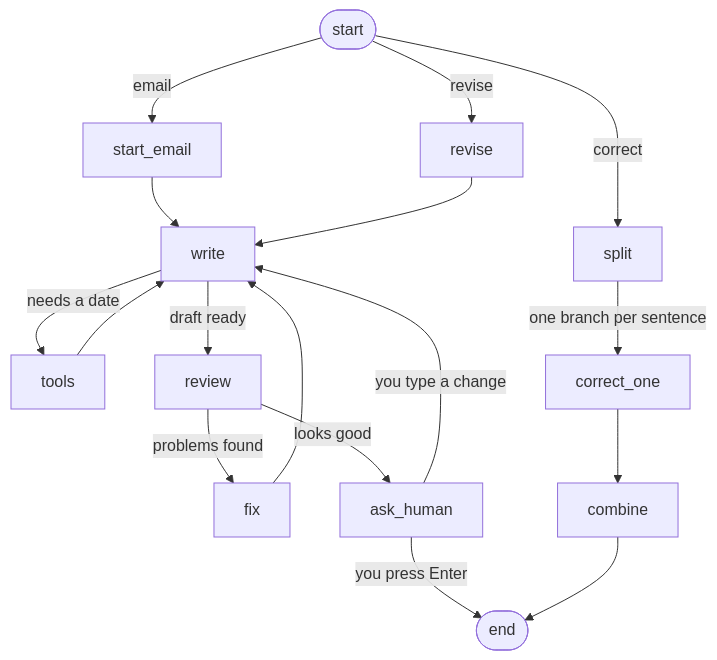
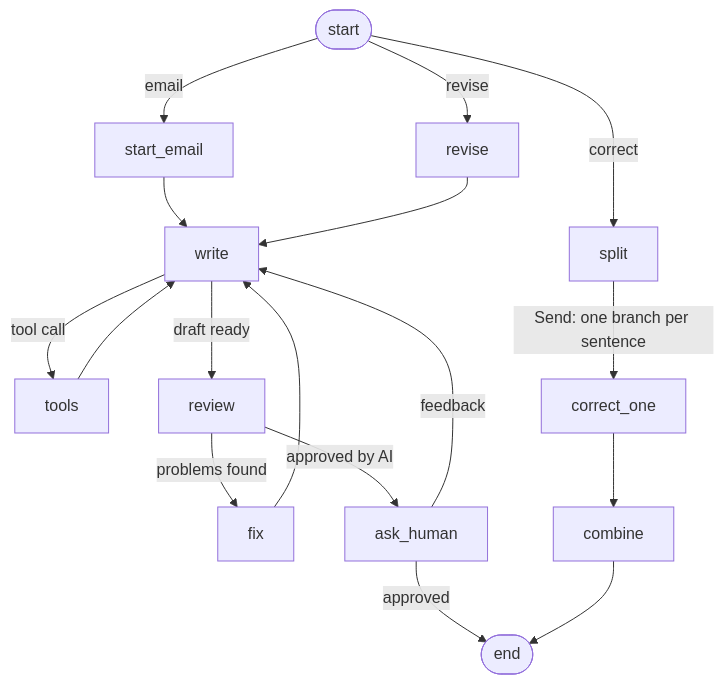
One commit to rizwannazir333/langgraph-writing-assistant changed the diagram in README.md. Above: the diagram before and after it, drawn with Mermaid. The commit also changed other lines of this file, not shown here.

````diff
--- a/README.md
+++ b/README.md
@@ -20,19 +40,19 @@
 ```mermaid
 graph TD
     START([start]) -->|email| start_email
     START -->|revise| revise
     START -->|correct| split
     start_email --> write
     revise --> write
-    write -->|needs a date| tools
+    write -->|tool call| tools
     tools --> write
     write -->|draft ready| review
     review -->|problems found| fix
     fix --> write
-    review -->|looks good| ask_human
-    ask_human -->|you type a change| write
-    ask_human -->|you press Enter| END([end])
-    split -->|one branch per sentence| correct_one
+    review -->|approved by AI| ask_human
+    ask_human -->|feedback| write
+    ask_human -->|approved| END([end])
+    split -->|Send: one branch per sentence| correct_one
     correct_one --> combine
     combine --> END
 ```
````
